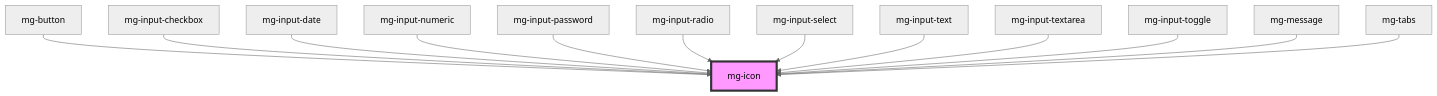
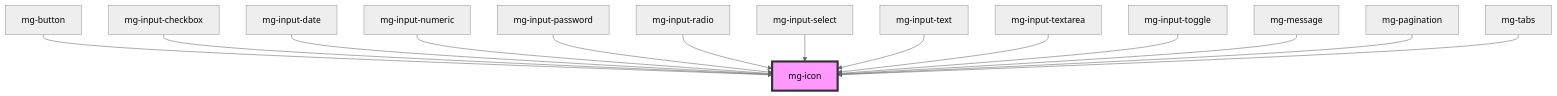
One commit to MGDIS/mg-components changed the diagram in src/components/atoms/mg-icon/readme.md. Above: the diagram before and after it, drawn with Mermaid (neutral theme). The commit also changed other lines of this file and 55 other files, not shown here.

````diff
--- a/src/components/atoms/mg-icon/readme.md
+++ b/src/components/atoms/mg-icon/readme.md
@@ -34,16 +35,17 @@
 ```mermaid
 graph TD;
   mg-button --> mg-icon
   mg-input-checkbox --> mg-icon
   mg-input-date --> mg-icon
   mg-input-numeric --> mg-icon
   mg-input-password --> mg-icon
   mg-input-radio --> mg-icon
   mg-input-select --> mg-icon
   mg-input-text --> mg-icon
   mg-input-textarea --> mg-icon
   mg-input-toggle --> mg-icon
   mg-message --> mg-icon
+  mg-pagination --> mg-icon
   mg-tabs --> mg-icon
   style mg-icon fill:#f9f,stroke:#333,stroke-width:4px
 ```
````
